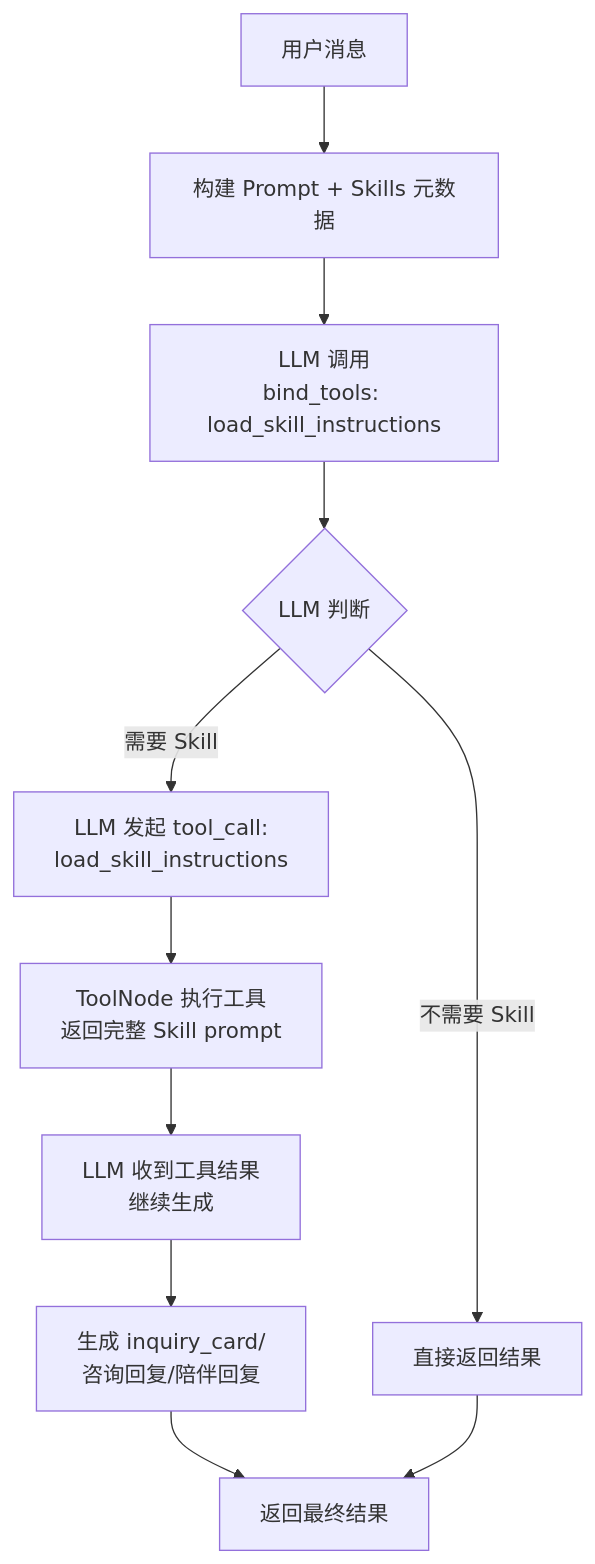
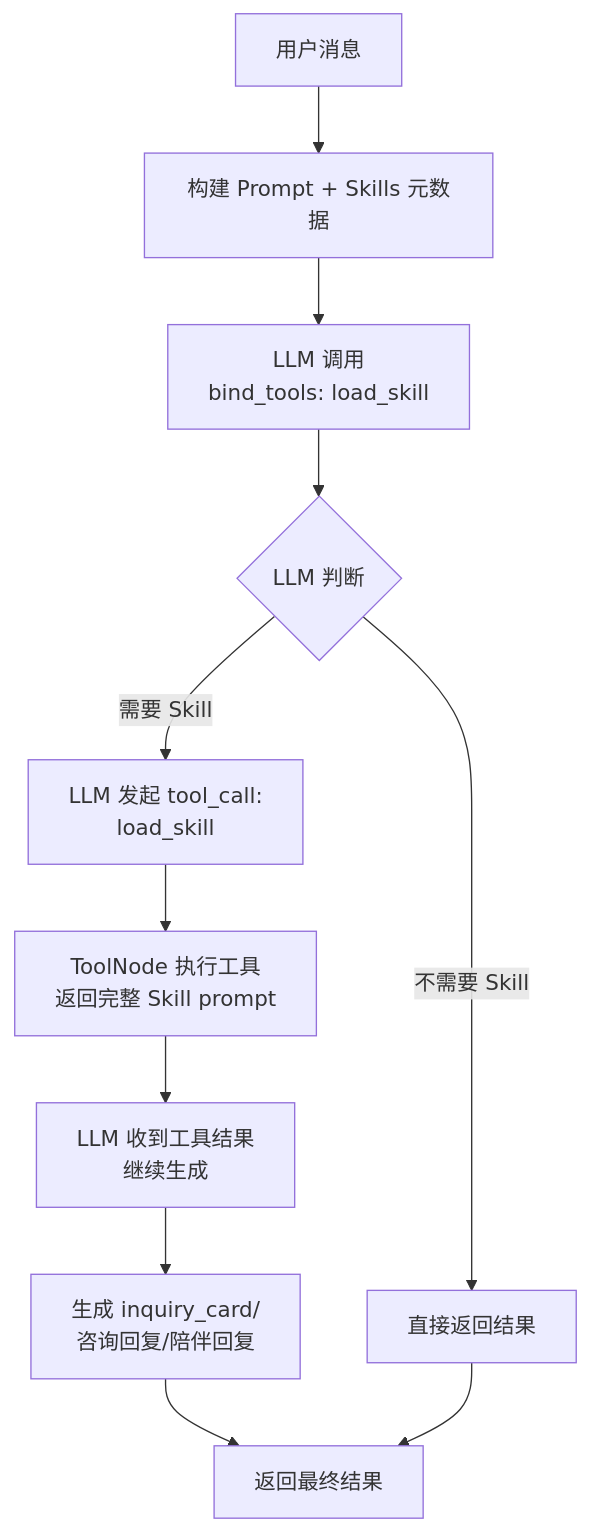
One commit to wangyizi0509-cloud/ai-prompt-builder changed the first of 3 diagrams in agent_impl/docs/skill_demo.md. Above: the diagram before and after it, drawn with Mermaid. The commit also changed other lines of this file and 48 other files, not shown here.

````diff
--- a/agent_impl/docs/skill_demo.md
+++ b/agent_impl/docs/skill_demo.md
@@ -9,13 +9,13 @@
 ```mermaid
 flowchart TD
     A[用户消息] --> B[构建 Prompt + Skills 元数据]
-    B --> C[LLM 调用<br/>bind_tools: load_skill_instructions]
+    B --> C[LLM 调用<br/>bind_tools: load_skill]
     C --> D{LLM 判断}
-    D -->|需要 Skill| E[LLM 发起 tool_call:<br/>load_skill_instructions]
+    D -->|需要 Skill| E[LLM 发起 tool_call:<br/>load_skill]
     D -->|不需要 Skill| F[直接返回结果]
     E --> G[ToolNode 执行工具<br/>返回完整 Skill prompt]
     G --> H[LLM 收到工具结果<br/>继续生成]
     H --> I[生成 inquiry_card/<br/>咨询回复/陪伴回复]
     I --> J[返回最终结果]
     F --> J
 ```
````
